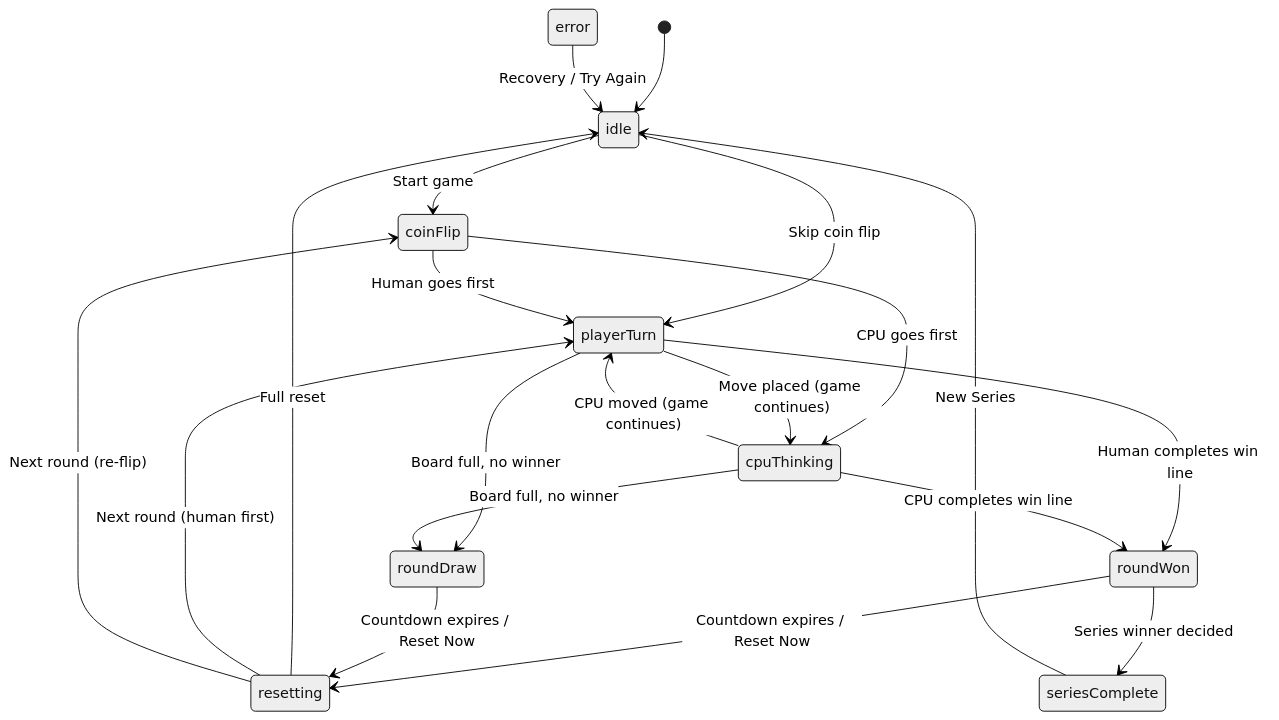
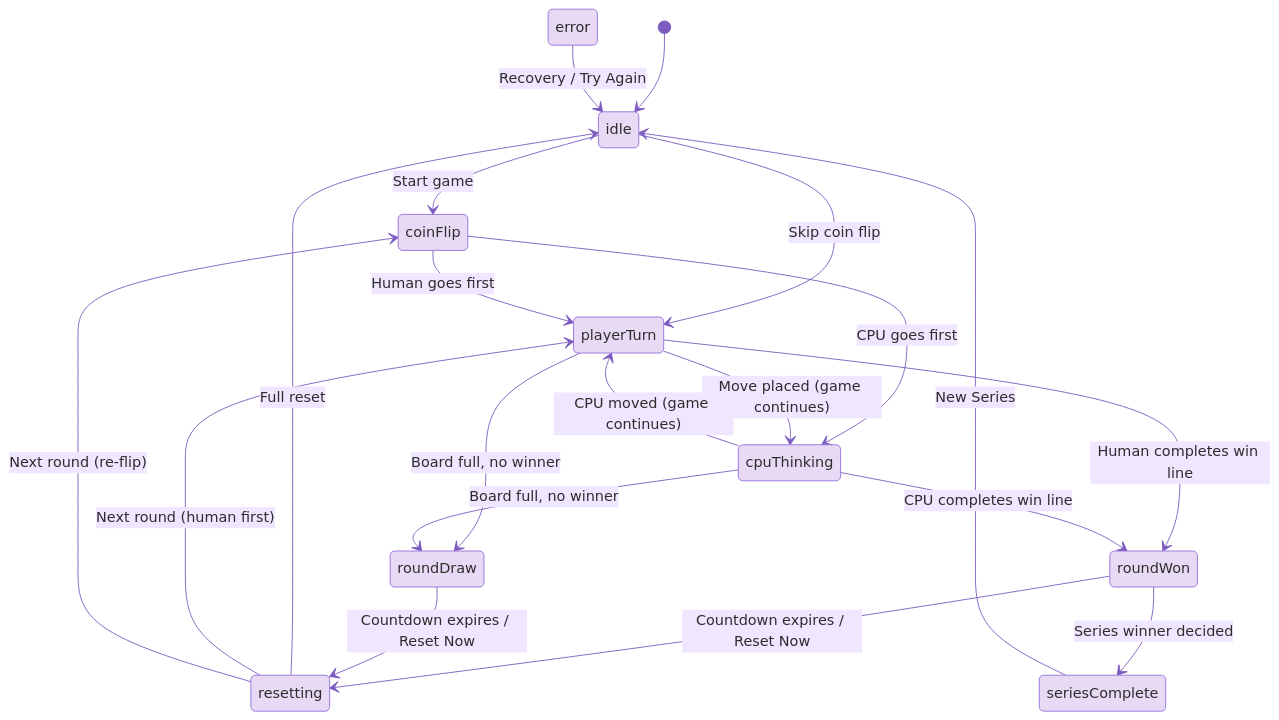
One commit to scottdreinhart/tictactoe changed the sixth of 9 diagrams in README.md. Above: the diagram before and after it, drawn with Mermaid. The commit also changed other lines of this file, not shown here.

Commit message:
docs: use lilac/purple theme with rounded nodes for all Mermaid diagrams

````diff
--- a/README.md
+++ b/README.md
@@ -669,32 +669,32 @@
 ```mermaid
-%%{init: {'theme': 'neutral'}}%%
+%%{init: {'theme': 'base', 'themeVariables': {'primaryColor': '#e8daf5', 'primaryTextColor': '#2d2d2d', 'primaryBorderColor': '#9370DB', 'lineColor': '#7c5cbf', 'secondaryColor': '#f0e6ff', 'tertiaryColor': '#f8f2ff', 'fontFamily': 'system-ui'}}}%%
 stateDiagram-v2
     [*] --> idle
 
     idle --> coinFlip : Start game
     idle --> playerTurn : Skip coin flip
 
     coinFlip --> playerTurn : Human goes first
     coinFlip --> cpuThinking : CPU goes first
 
     playerTurn --> cpuThinking : Move placed (game continues)
     playerTurn --> roundWon : Human completes win line
     playerTurn --> roundDraw : Board full, no winner
 
     cpuThinking --> playerTurn : CPU moved (game continues)
     cpuThinking --> roundWon : CPU completes win line
     cpuThinking --> roundDraw : Board full, no winner
 
     roundWon --> resetting : Countdown expires / Reset Now
     roundWon --> seriesComplete : Series winner decided
 
     roundDraw --> resetting : Countdown expires / Reset Now
 
     seriesComplete --> idle : New Series
 
     resetting --> idle : Full reset
     resetting --> playerTurn : Next round (human first)
     resetting --> coinFlip : Next round (re-flip)
 
     error --> idle : Recovery / Try Again
 ```
````
